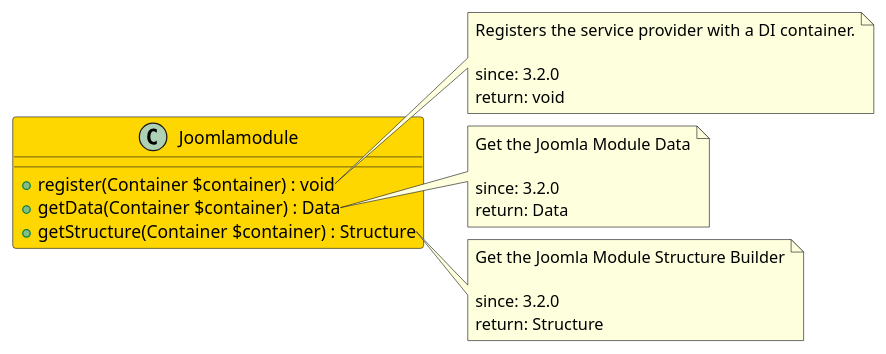
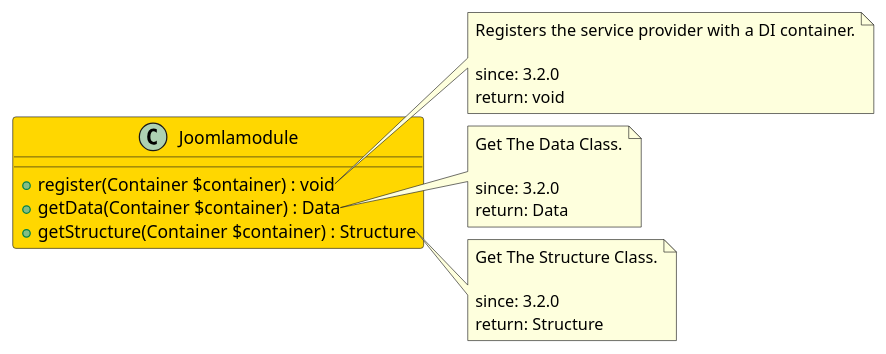
The diagram in src/295186de-5954-4a65-a4c1-2f79ef305743/README.md (joomengine/jcb-compiler), drawn with PlantUML before and after one commit. The commit also changed 37 other files, not shown here.

````diff
--- a/src/295186de-5954-4a65-a4c1-2f79ef305743/README.md
+++ b/src/295186de-5954-4a65-a4c1-2f79ef305743/README.md
@@ -11,31 +11,31 @@
 ```uml
 @startuml
 class Joomlamodule  #Gold {
   + register(Container $container) : void
   + getData(Container $container) : Data
   + getStructure(Container $container) : Structure
 }
 
 note right of Joomlamodule::register
   Registers the service provider with a DI container.
 
   since: 3.2.0
   return: void
 end note
 
 note right of Joomlamodule::getData
-  Get the Joomla Module Data
+  Get The Data Class.
 
   since: 3.2.0
   return: Data
 end note
 
 note right of Joomlamodule::getStructure
-  Get the Joomla Module Structure Builder
+  Get The Structure Class.
 
   since: 3.2.0
   return: Structure
 end note
  
 @enduml
 ```
````
